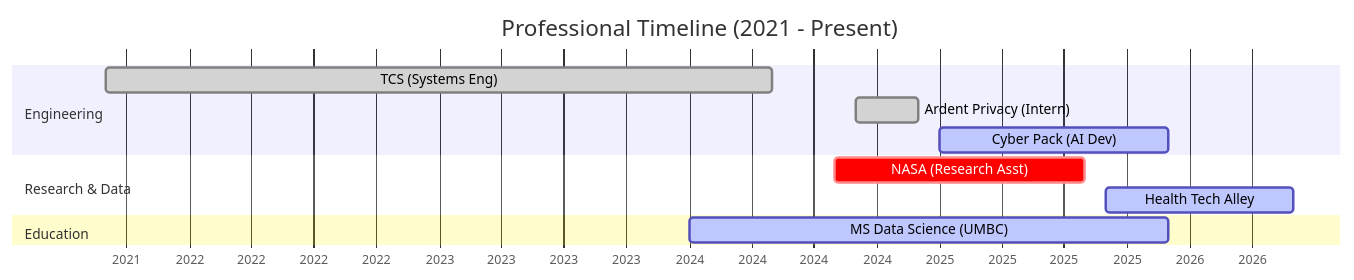
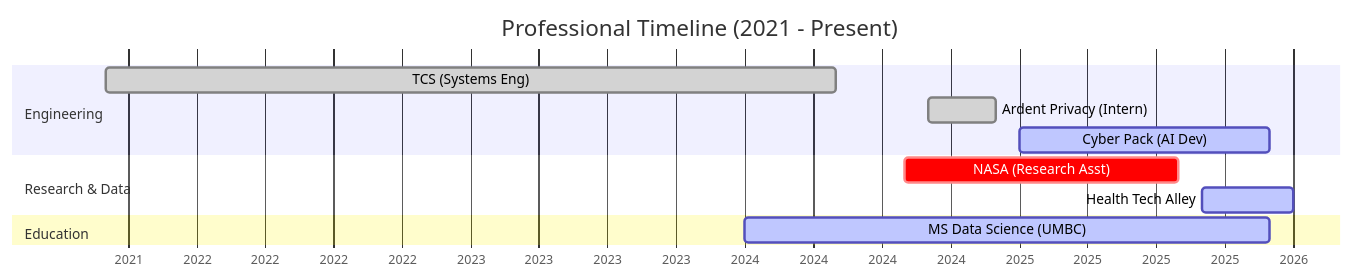
Before and after one commit to akhil1729/akhil1729: the diagram in README.md, drawn with Mermaid.

Commit message:
Update end date for Health Tech Alley project

````diff
--- a/README.md
+++ b/README.md
@@ -20,18 +20,18 @@
 ```mermaid
 gantt
     title Professional Timeline (2021 - Present)
     dateFormat  YYYY-MM
     axisFormat  %Y
     
     section Engineering
     TCS (Systems Eng)      :done,    job1, 2021-09, 2024-05
     Ardent Privacy (Intern):done,    job2, 2024-09, 2024-12
     Cyber Pack (AI Dev)    :active,  job3, 2025-01, 2025-12
     
     section Research & Data
     NASA (Research Asst)   :crit,    res1, 2024-08, 2025-08
-    Health Tech Alley      :active,  res2, 2025-09, 2026-06
+    Health Tech Alley      :active,  res2, 2025-09, 2026-01
     
     section Education
     MS Data Science (UMBC) :active,  edu1, 2024-01, 2025-12
 ```
````
